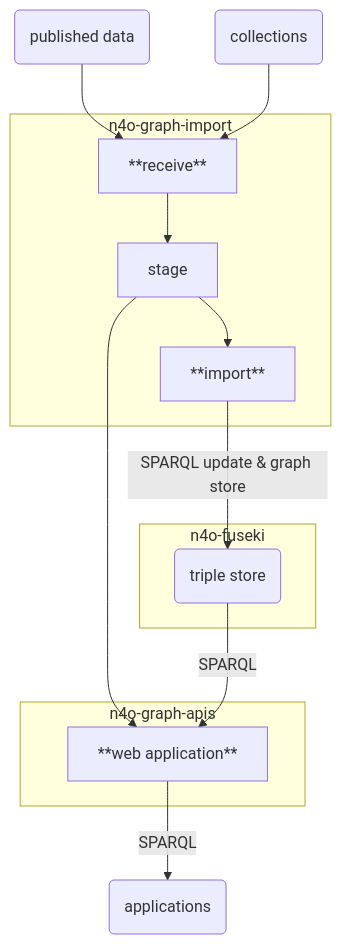
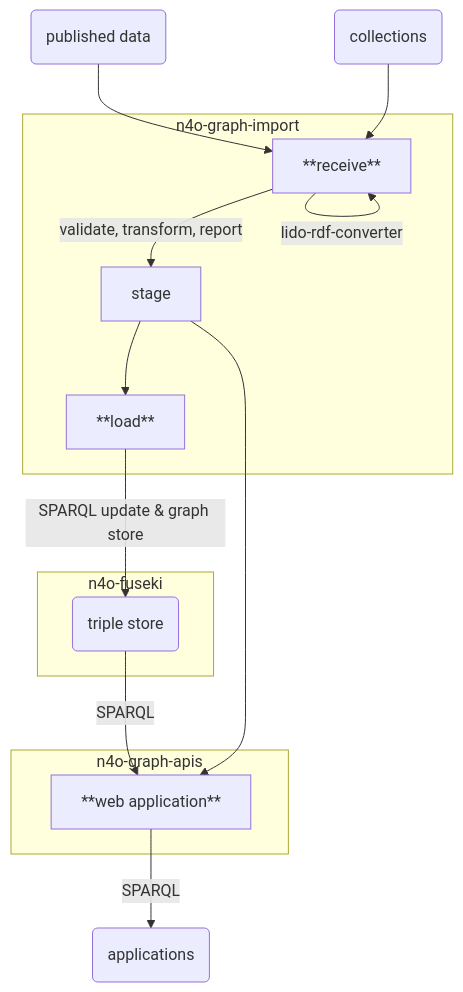
Before and after one commit to nfdi4objects/n4o-graph-importer: the diagram in README.md, drawn with Mermaid. The commit also changed other lines of this file, not shown here.

Commit message:
Extend data flow diagram

````diff
--- a/README.md
+++ b/README.md
@@ -15,27 +15,30 @@
 ```mermaid
 graph TD
+
     collections(collections)
     data(published data)    
     apps(applications)
 
     data --> receive
     collections --> receive
 
     subgraph n4o-graph-import
         receive[**receive**]
-        receive --> stage
-        stage --> import
-        import[**import**]
+        receive -- validate, transform, report --> stage
+        stage --> load
+        load[**load**]
     end
     subgraph n4o-fuseki
         kg(triple store)
     end
     subgraph n4o-graph-apis
         ui[**web application**]
     end
     stage --> ui
     kg -- SPARQL --> ui
     ui -- SPARQL --> apps
 
-    import -- SPARQL update & graph store --> kg
+    receive -- lido-rdf-converter --> receive
+
+    load -- SPARQL update & graph store --> kg
 ```
````
